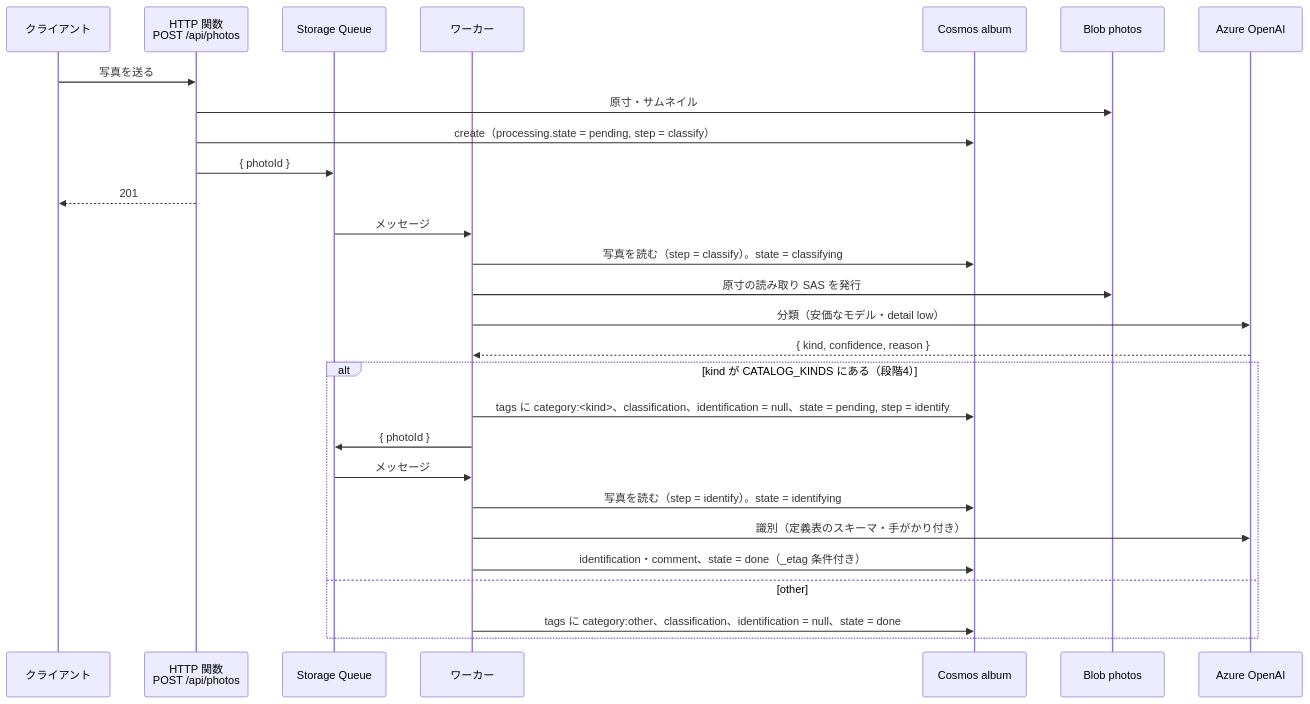
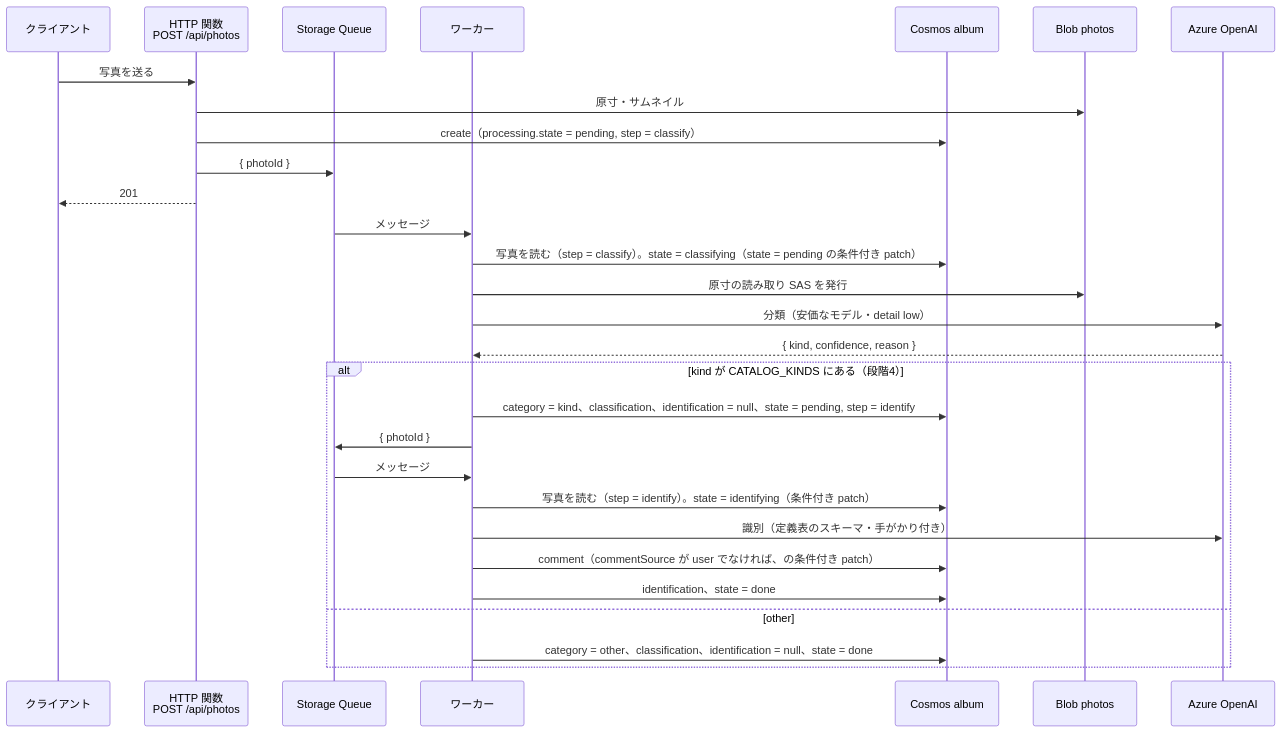
One commit to nmasashi/snaplant changed the diagram in docs/travel-album/06_processing_design.md. Above: the diagram before and after it, drawn with Mermaid. The commit also changed other lines of this file and 8 other files, not shown here.

````diff
--- a/docs/travel-album/06_processing_design.md
+++ b/docs/travel-album/06_processing_design.md
@@ -34,32 +34,33 @@
 ```mermaid
 sequenceDiagram
     participant C as クライアント
     participant H as HTTP 関数<br/>POST /api/photos
     participant Q as Storage Queue
     participant W as ワーカー
     participant DB as Cosmos album
     participant B as Blob photos
     participant AI as Azure OpenAI
 
     C->>H: 写真を送る
     H->>B: 原寸・サムネイル
     H->>DB: create（processing.state = pending, step = classify）
     H->>Q: { photoId }
     H-->>C: 201
 
     Q->>W: メッセージ
-    W->>DB: 写真を読む（step = classify）。state = classifying
+    W->>DB: 写真を読む（step = classify）。state = classifying（state = pending の条件付き patch）
     W->>B: 原寸の読み取り SAS を発行
     W->>AI: 分類（安価なモデル・detail low）
     AI-->>W: { kind, confidence, reason }
     alt kind が CATALOG_KINDS にある（段階4）
-        W->>DB: tags に category:<kind>、classification、identification = null、state = pending, step = identify
+        W->>DB: category = kind、classification、identification = null、state = pending, step = identify
         W->>Q: { photoId }
         Q->>W: メッセージ
-        W->>DB: 写真を読む（step = identify）。state = identifying
+        W->>DB: 写真を読む（step = identify）。state = identifying（条件付き patch）
         W->>AI: 識別（定義表のスキーマ・手がかり付き）
-        W->>DB: identification・comment、state = done（_etag 条件付き）
+        W->>DB: comment（commentSource が user でなければ、の条件付き patch）
+        W->>DB: identification、state = done
     else other
-        W->>DB: tags に category:other、classification、identification = null、state = done
+        W->>DB: category = other、classification、identification = null、state = done
     end
 ```
````
